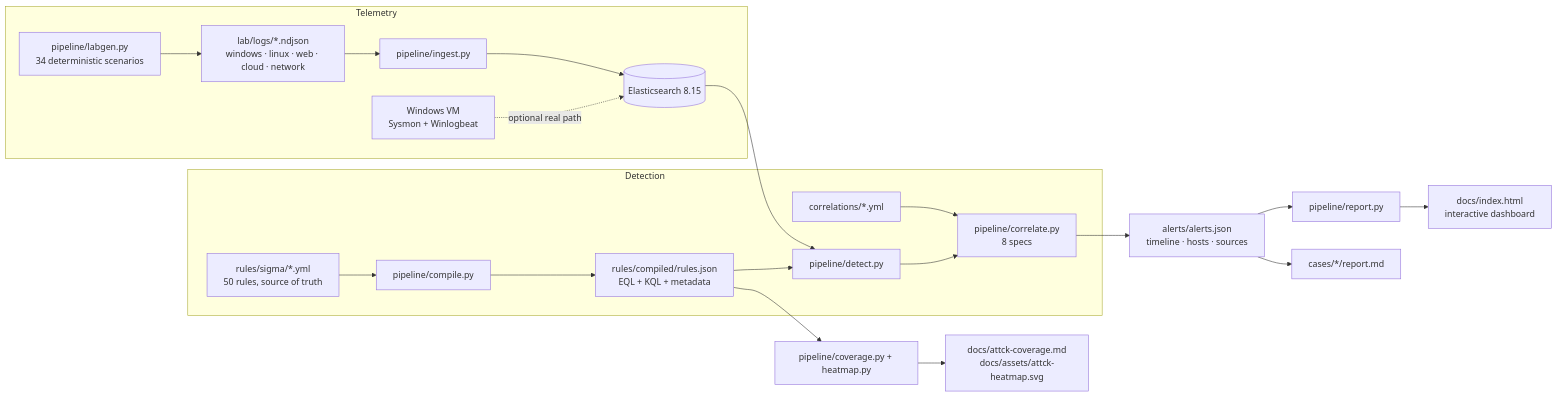
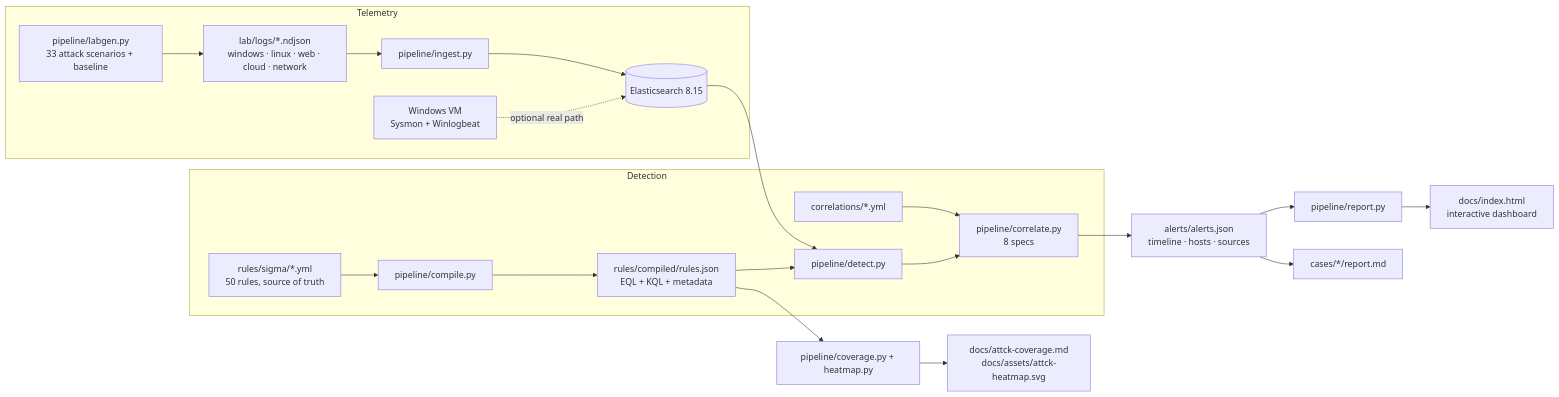
One commit to Meruyert5/penumbra changed the diagram in README.md. Above: the diagram before and after it, drawn with Mermaid. The commit also changed other lines of this file and 90 other files, not shown here.

````diff
--- a/README.md
+++ b/README.md
@@ -66,25 +47,25 @@
 ```mermaid
 flowchart LR
   subgraph Telemetry
-    A["pipeline/labgen.py<br/>34 deterministic scenarios"] --> B["lab/logs/*.ndjson<br/>windows · linux · web · cloud · network"]
+    A["pipeline/labgen.py<br/>33 attack scenarios + baseline"] --> B["lab/logs/*.ndjson<br/>windows · linux · web · cloud · network"]
     W["Windows VM<br/>Sysmon + Winlogbeat"] -. optional real path .-> ES
     B --> I["pipeline/ingest.py"]
   end
 
   subgraph Detection
     S["rules/sigma/*.yml<br/>50 rules, source of truth"] --> C["pipeline/compile.py"]
     C --> E["rules/compiled/rules.json<br/>EQL + KQL + metadata"]
     E --> D["pipeline/detect.py"]
     I --> ES[("Elasticsearch 8.15")]
     ES --> D
     D --> K["pipeline/correlate.py<br/>8 specs"]
     R["correlations/*.yml"] --> K
   end
 
   K --> AL["alerts/alerts.json<br/>timeline · hosts · sources"]
   AL --> REP["pipeline/report.py"]
   REP --> HTML["docs/index.html<br/>interactive dashboard"]
   AL --> CASE["cases/*/report.md"]
   E --> COV["pipeline/coverage.py + heatmap.py"]
   COV --> DOC["docs/attck-coverage.md<br/>docs/assets/attck-heatmap.svg"]
 ```
````
